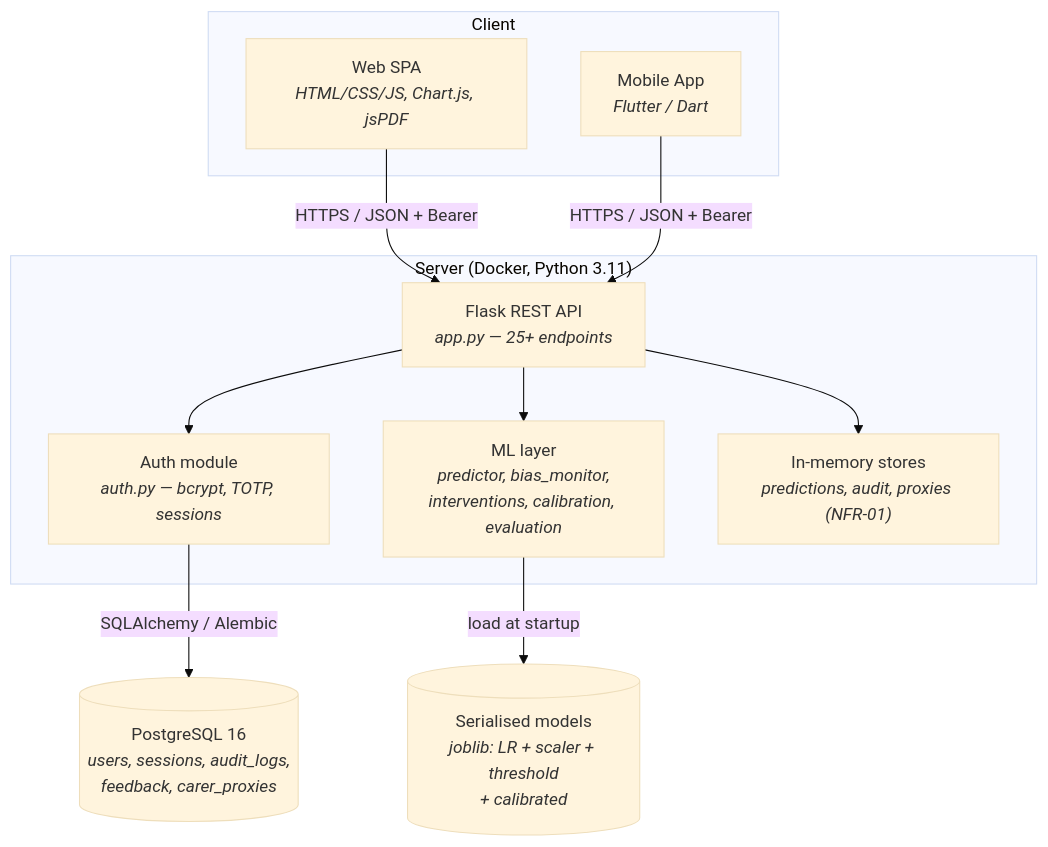
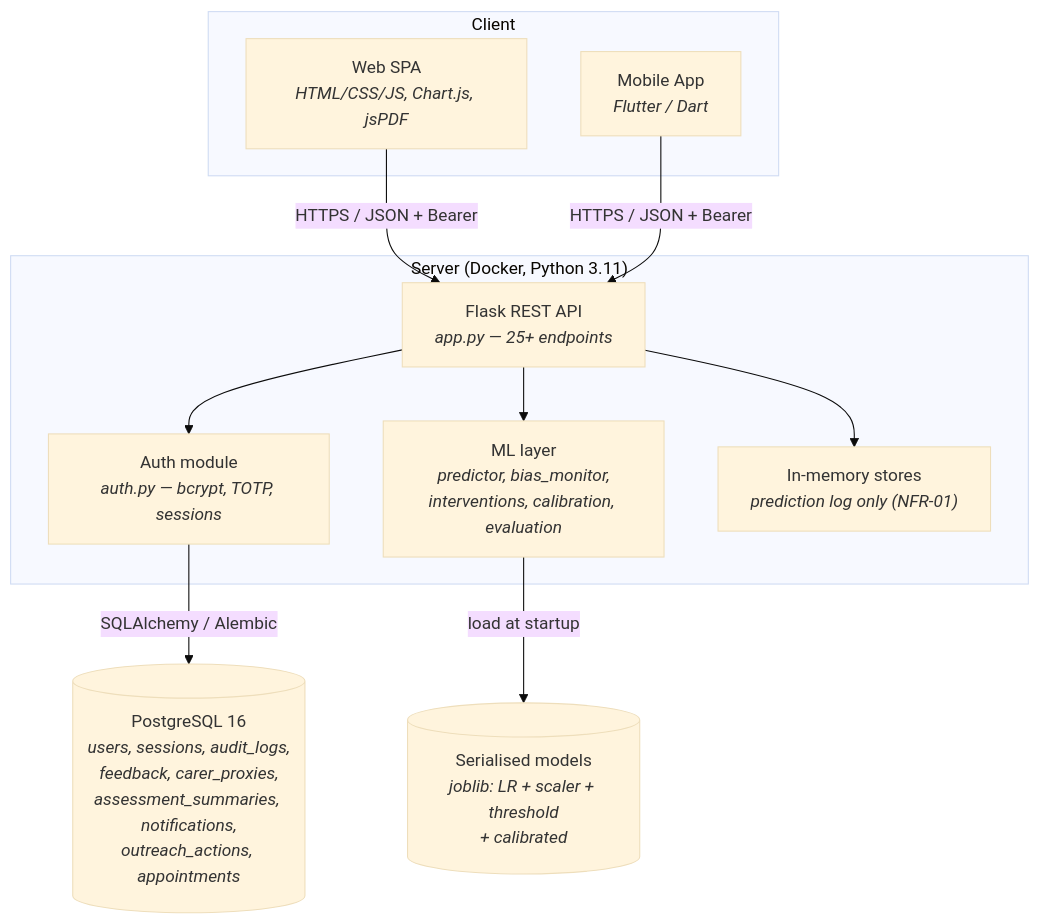
Before and after one commit to hritiksah15/CareAttend: the second of 4 diagrams in docs/architecture.md, drawn with Mermaid (base theme). The commit also changed other lines of this file and 17 other files, not shown here.

````diff
--- a/docs/architecture.md
+++ b/docs/architecture.md
@@ -23,25 +23,25 @@
 ```mermaid
 flowchart TB
     subgraph client["Client"]
         spa["Web SPA<br/><i>HTML/CSS/JS, Chart.js, jsPDF</i>"]
         flutter["Mobile App<br/><i>Flutter / Dart</i>"]
     end
 
     subgraph server["Server (Docker, Python 3.11)"]
         api["Flask REST API<br/><i>app.py — 25+ endpoints</i>"]
         authc["Auth module<br/><i>auth.py — bcrypt, TOTP, sessions</i>"]
         ml["ML layer<br/><i>predictor, bias_monitor,<br/>interventions, calibration, evaluation</i>"]
-        mem["In-memory stores<br/><i>predictions, audit, proxies (NFR-01)</i>"]
+        mem["In-memory stores<br/><i>prediction log only (NFR-01)</i>"]
     end
 
-    db[("PostgreSQL 16<br/><i>users, sessions, audit_logs,<br/>feedback, carer_proxies</i>")]
+    db[("PostgreSQL 16<br/><i>users, sessions, audit_logs,<br/>feedback, carer_proxies,<br/>assessment_summaries, notifications,<br/>outreach_actions, appointments</i>")]
     models[("Serialised models<br/><i>joblib: LR + scaler + threshold<br/>+ calibrated</i>")]
 
     spa -->|"HTTPS / JSON + Bearer"| api
     flutter -->|"HTTPS / JSON + Bearer"| api
     api --> authc
     api --> ml
     api --> mem
     authc -->|"SQLAlchemy / Alembic"| db
     ml -->|"load at startup"| models
 ```
````
